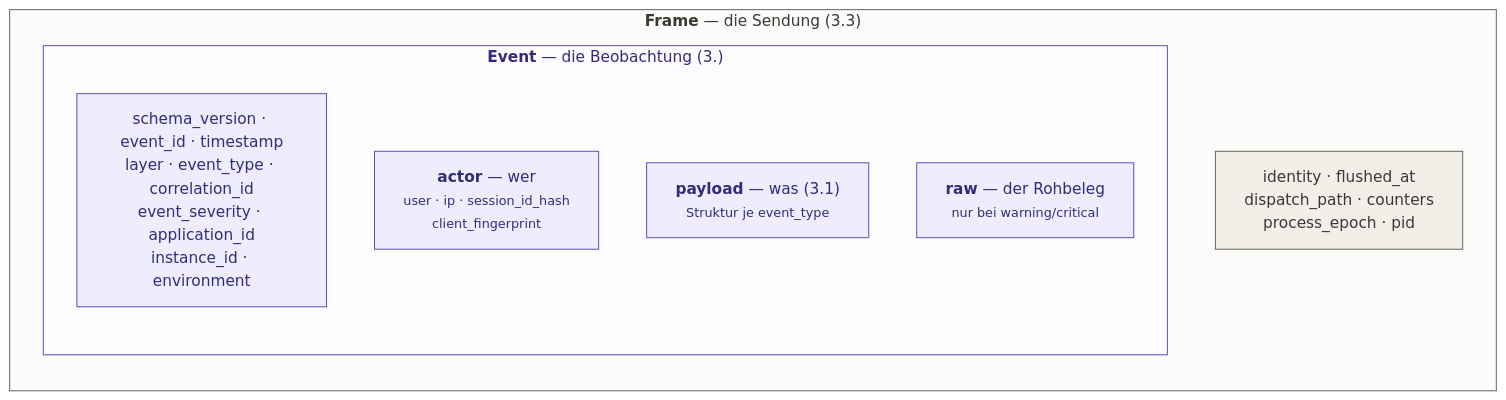
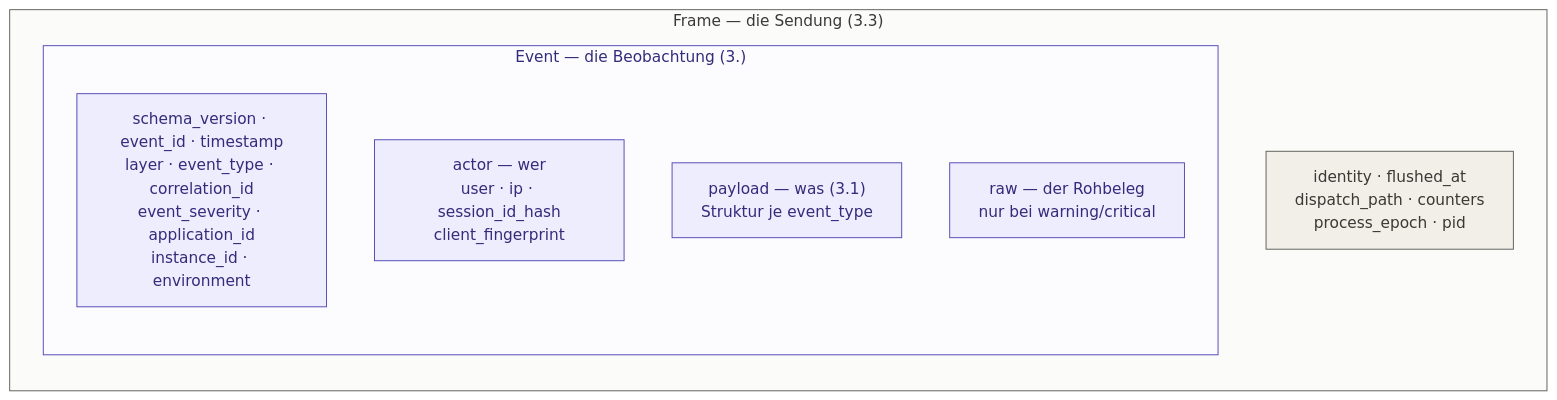
One commit to projektmotor/ids-sensor-bundle changed the diagram in doc/03-ereignisformat.md. Above: the diagram before and after it, drawn with Mermaid. The commit also changed other lines of this file and 175 other files, not shown here.

````diff
--- a/doc/03-ereignisformat.md
+++ b/doc/03-ereignisformat.md
@@ -13,22 +18,22 @@
 ```mermaid
 flowchart TB
-    subgraph frame["`**Frame** — die Sendung (3.3)`"]
+    subgraph frame["Frame — die Sendung (3.3)"]
         direction TB
         fmeta["identity · flushed_at<br/>dispatch_path · counters<br/>process_epoch · pid"]
 
-        subgraph event["`**Event** — die Beobachtung (3.)`"]
+        subgraph event["Event — die Beobachtung (3.)"]
             direction TB
             emeta["schema_version · event_id · timestamp<br/>layer · event_type · correlation_id<br/>event_severity · application_id<br/>instance_id · environment"]
-            actor["`**actor** — wer<br/><small>user · ip · session_id_hash<br/>client_fingerprint</small>`"]
-            payload["`**payload** — was (3.1)<br/><small>Struktur je event_type</small>`"]
-            raw["`**raw** — der Rohbeleg<br/><small>nur bei warning/critical</small>`"]
+            actor["actor — wer<br/>user · ip · session_id_hash<br/>client_fingerprint"]
+            payload["payload — was (3.1)<br/>Struktur je event_type"]
+            raw["raw — der Rohbeleg<br/>nur bei warning/critical"]
         end
     end
 
     classDef transport fill:#F1EFE8,stroke:#5F5E5A,color:#3A3936
     classDef data fill:#EEEDFE,stroke:#534AB7,color:#332C7A
     class fmeta transport
     class emeta,actor,payload,raw data
     style frame fill:#FBFBF9,stroke:#5F5E5A,color:#3A3936
     style event fill:#FCFCFF,stroke:#534AB7,color:#332C7A
 ```
````
